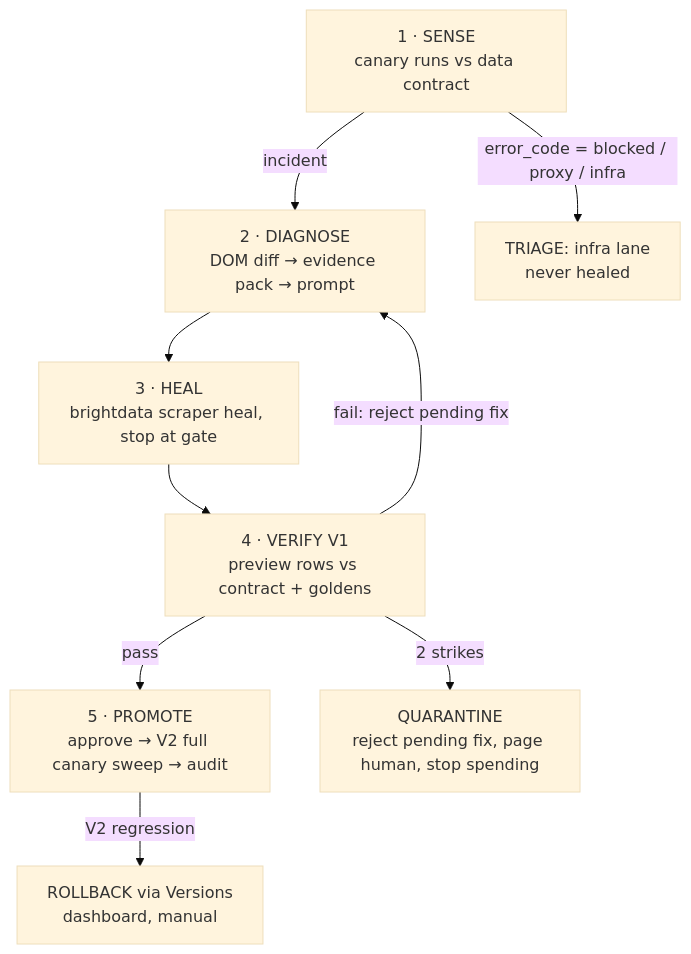
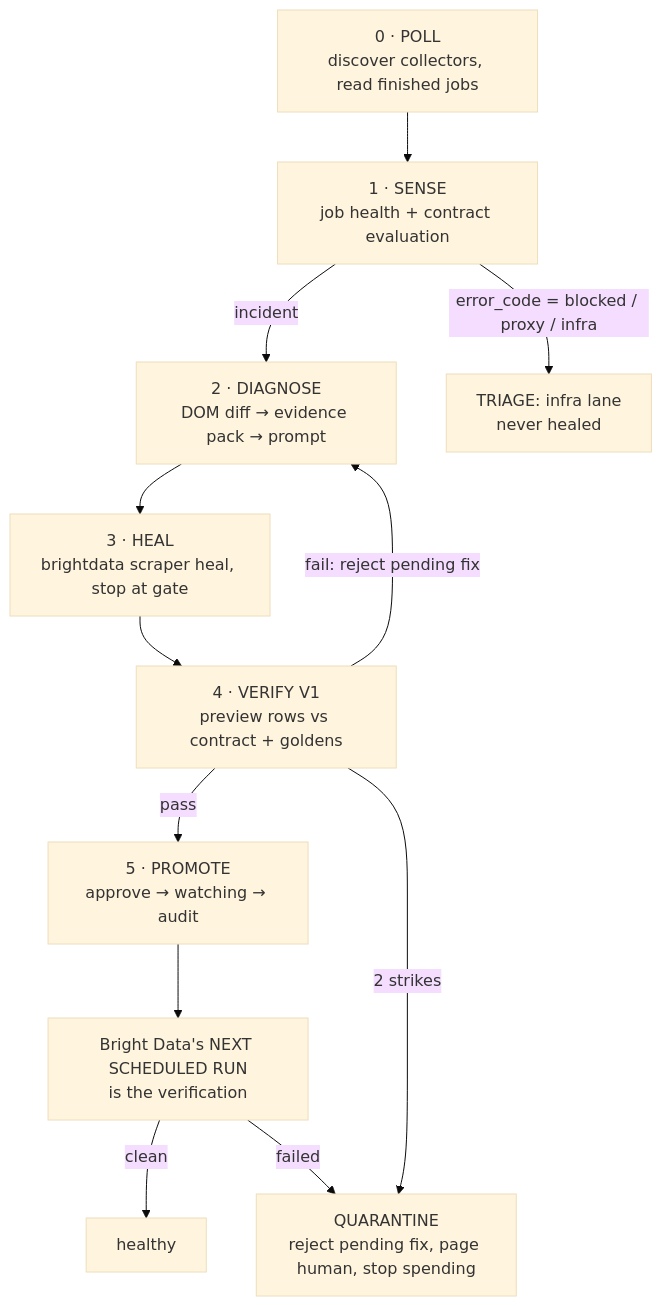
Before and after one commit to YellowFoxH4XOR/anansi: the diagram in docs/architecture.md, drawn with Mermaid (base theme). The commit also changed other lines of this file and 8 other files, not shown here.

````diff
--- a/docs/architecture.md
+++ b/docs/architecture.md
@@ -5,11 +5,14 @@
 ```mermaid
 flowchart TD
-    S[1 · SENSE<br/>canary runs vs data contract] -->|incident| D[2 · DIAGNOSE<br/>DOM diff → evidence pack → prompt]
+    P[0 · POLL<br/>discover collectors, read finished jobs] --> S[1 · SENSE<br/>job health + contract evaluation]
+    S -->|incident| D[2 · DIAGNOSE<br/>DOM diff → evidence pack → prompt]
     D --> H[3 · HEAL<br/>brightdata scraper heal, stop at gate]
     H --> V[4 · VERIFY V1<br/>preview rows vs contract + goldens]
-    V -->|pass| P[5 · PROMOTE<br/>approve → V2 full canary sweep → audit]
+    V -->|pass| P5[5 · PROMOTE<br/>approve → watching → audit]
     V -->|fail: reject pending fix| D
     V -->|2 strikes| Q[QUARANTINE<br/>reject pending fix, page human, stop spending]
-    P -->|V2 regression| R[ROLLBACK via Versions<br/>dashboard, manual]
+    P5 --> W[Bright Data's NEXT SCHEDULED RUN<br/>is the verification]
+    W -->|clean| OK[healthy]
+    W -->|failed| Q
     S -->|error_code = blocked / proxy / infra| T[TRIAGE: infra lane<br/>never healed]
 ```
````
